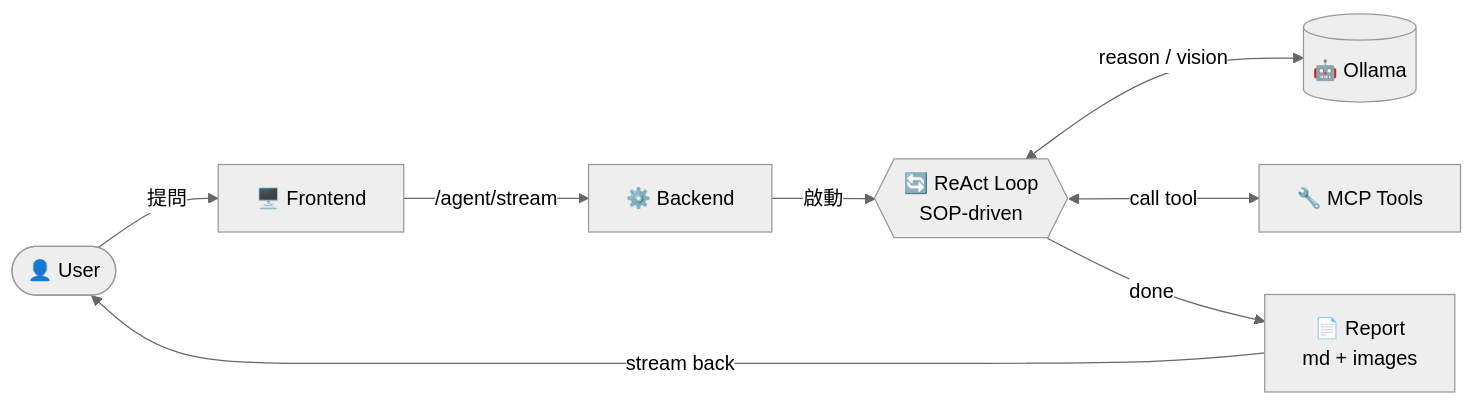
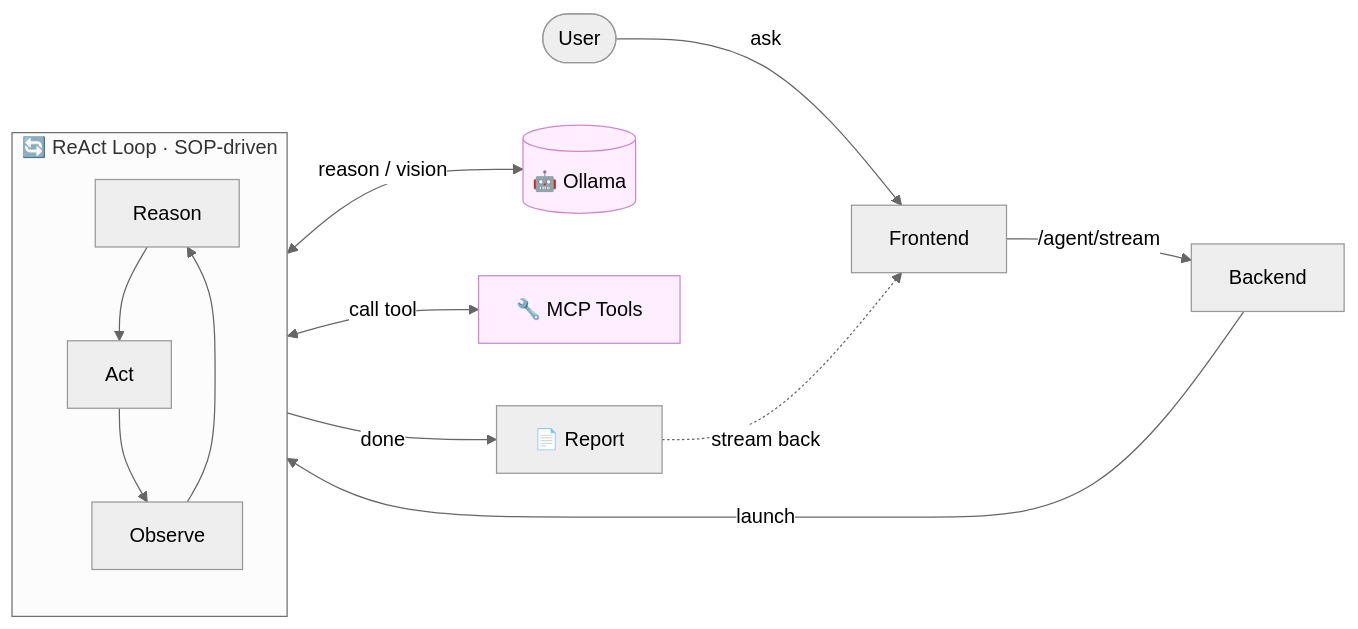
Before and after one commit to AlanTseng1018/LLM-Agent-Yield-Analysis-Engine: the first of 2 diagrams in README.md, drawn with Mermaid (neutral theme).

Commit message:
docs(README): expand ReAct Loop inside topology diagram
Show the Reason → Act → Observe cycle as a subgraph inside the loop
node, with LLM and MCP as bidirectional satellites and Report flowing
back to the frontend via a dashed stream-back edge. All node labels in
English for international readability.

````diff
--- a/README.md
+++ b/README.md
@@ -13,10 +13,19 @@
 ```mermaid
 flowchart LR
-    U([👤 User]) -->|提問| FE[🖥️ Frontend]
-    FE -->|/agent/stream| BE[⚙️ Backend]
-    BE -->|啟動| LOOP{{🔄 ReAct Loop<br/>SOP-driven}}
+    U([User]) -->|ask| FE[Frontend]
+    FE -->|/agent/stream| BE[Backend]
+    BE -->|launch| LOOP
+
+    subgraph LOOP["🔄 ReAct Loop · SOP-driven"]
+        direction TB
+        R[Reason] --> A[Act] --> O[Observe] --> R
+    end
+
     LOOP <-->|reason / vision| LLM[(🤖 Ollama)]
     LOOP <-->|call tool| MCP[🔧 MCP Tools]
-    LOOP -->|done| REPORT[📄 Report<br/>md + images]
-    REPORT -->|stream back| U
+    LOOP -->|done| REPORT[📄 Report]
+    REPORT -.->|stream back| FE
+
+    classDef sat fill:#fef,stroke:#c8c
+    class LLM,MCP sat
 ```
````
